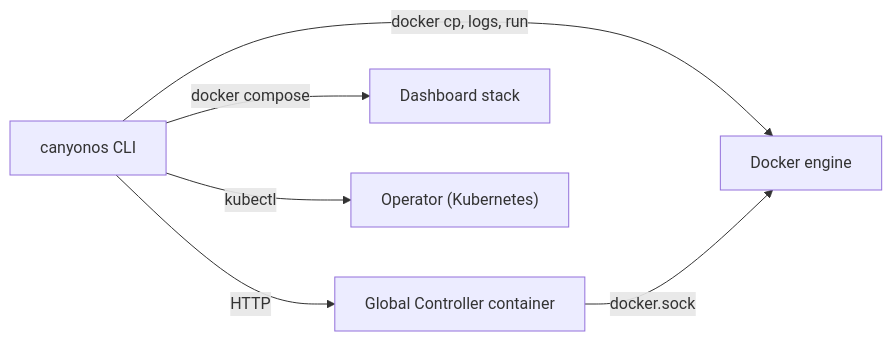
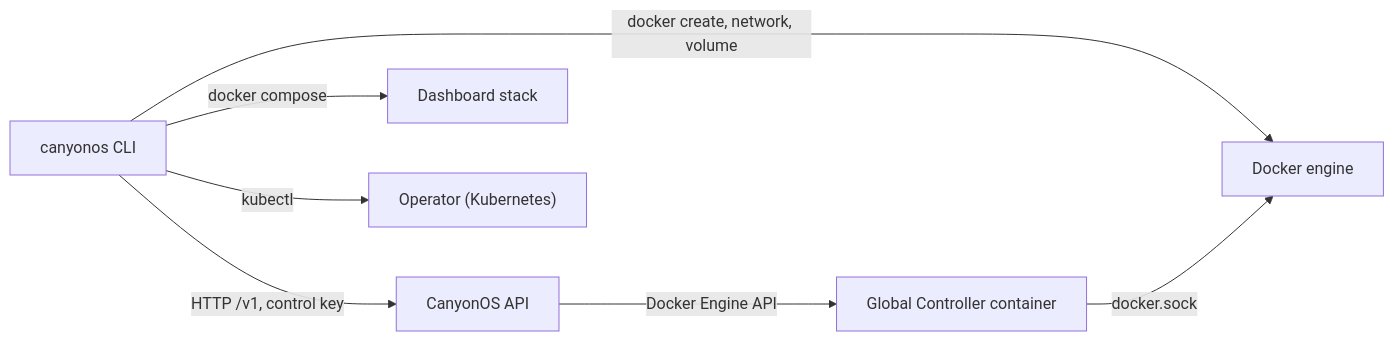
One commit to CanyonCodeCoreAI/canyonos changed the diagram in docs/architecture/CLI.md. Above: the diagram before and after it, drawn with Mermaid. The commit also changed other lines of this file and 121 other files, not shown here.

````diff
--- a/docs/architecture/CLI.md
+++ b/docs/architecture/CLI.md
@@ -11,13 +11,15 @@
 ```mermaid
 flowchart LR
     CLI["canyonos CLI"]
+    API["CanyonOS API"]
     GC["Global Controller container"]
     Docker["Docker engine"]
     Dash["Dashboard stack"]
     Op["Operator (Kubernetes)"]
-    CLI -->|"HTTP"| GC
-    CLI -->|"docker cp, logs, run"| Docker
+    CLI -->|"HTTP /v1, control key"| API
+    API -->|"Docker Engine API"| GC
+    CLI -->|"docker create, network, volume"| Docker
     CLI -->|"docker compose"| Dash
     CLI -->|"kubectl"| Op
     GC -->|"docker.sock"| Docker
 ```
````
